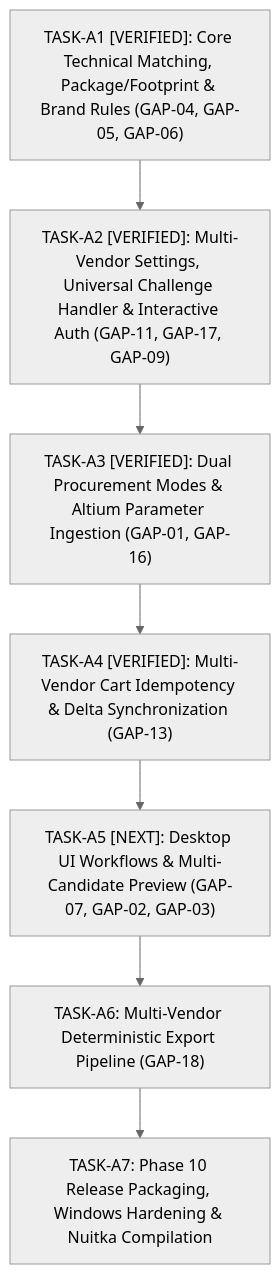
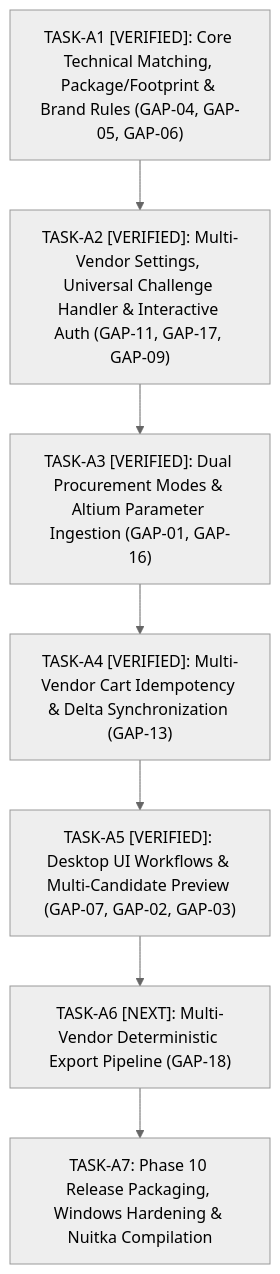
The diagram in docs/PRODUCT/CANONICAL_GAP_REGISTRY.md (AminDenizer/Omnix), drawn with Mermaid (neutral theme) before and after one commit. The commit also changed other lines of this file and 2 other files, not shown here.

Commit message:
docs(gap-07-02-03): update canonical gap registry, gap analysis, and implementation roadmap for TASK-A5

````diff
--- a/docs/PRODUCT/CANONICAL_GAP_REGISTRY.md
+++ b/docs/PRODUCT/CANONICAL_GAP_REGISTRY.md
@@ -122,17 +128,17 @@
 ```mermaid
 flowchart TD
     A1["TASK-A1 [VERIFIED]: Core Technical Matching, Package/Footprint & Brand Rules (GAP-04, GAP-05, GAP-06)"]
     A2["TASK-A2 [VERIFIED]: Multi-Vendor Settings, Universal Challenge Handler & Interactive Auth (GAP-11, GAP-17, GAP-09)"]
     A3["TASK-A3 [VERIFIED]: Dual Procurement Modes & Altium Parameter Ingestion (GAP-01, GAP-16)"]
     A4["TASK-A4 [VERIFIED]: Multi-Vendor Cart Idempotency & Delta Synchronization (GAP-13)"]
-    A5["TASK-A5 [NEXT]: Desktop UI Workflows & Multi-Candidate Preview (GAP-07, GAP-02, GAP-03)"]
-    A6["TASK-A6: Multi-Vendor Deterministic Export Pipeline (GAP-18)"]
+    A5["TASK-A5 [VERIFIED]: Desktop UI Workflows & Multi-Candidate Preview (GAP-07, GAP-02, GAP-03)"]
+    A6["TASK-A6 [NEXT]: Multi-Vendor Deterministic Export Pipeline (GAP-18)"]
     A7["TASK-A7: Phase 10 Release Packaging, Windows Hardening & Nuitka Compilation"]
 
     A1 --> A2
     A2 --> A3
     A3 --> A4
     A4 --> A5
     A5 --> A6
     A6 --> A7
 ```
````
